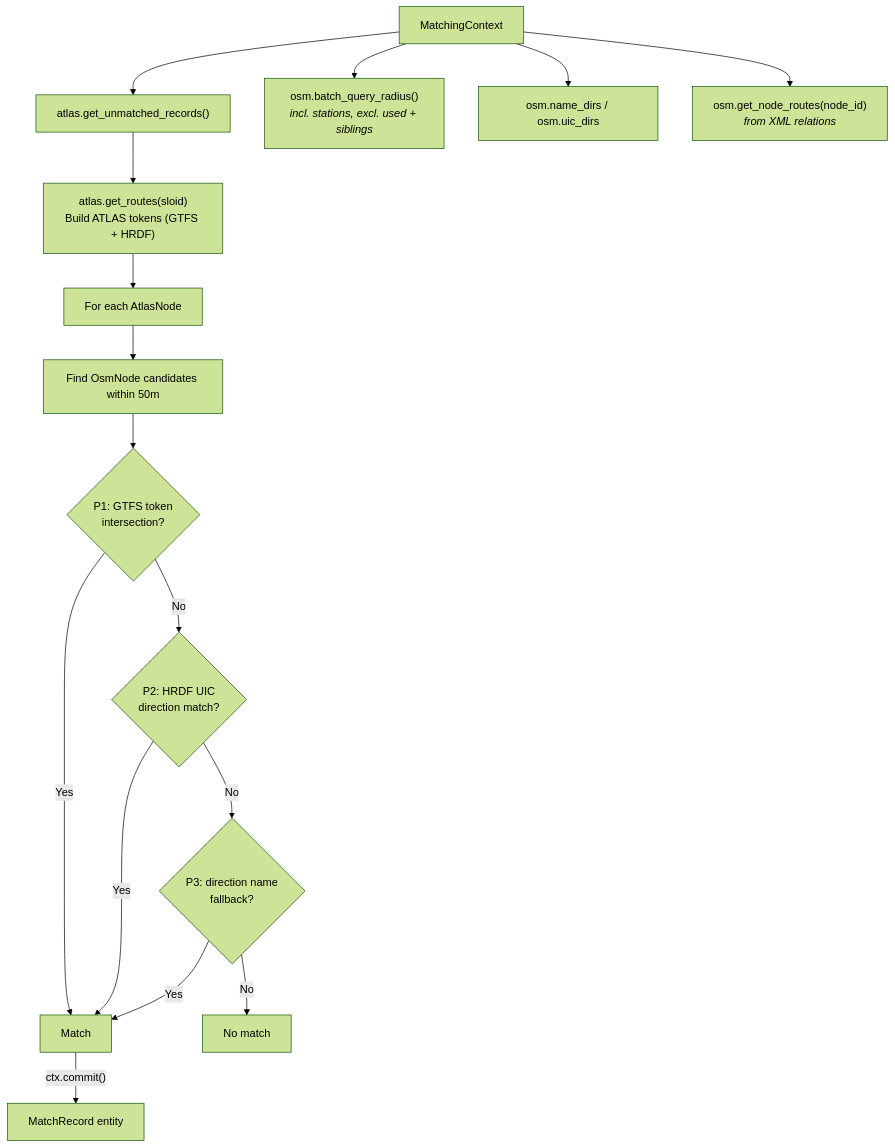
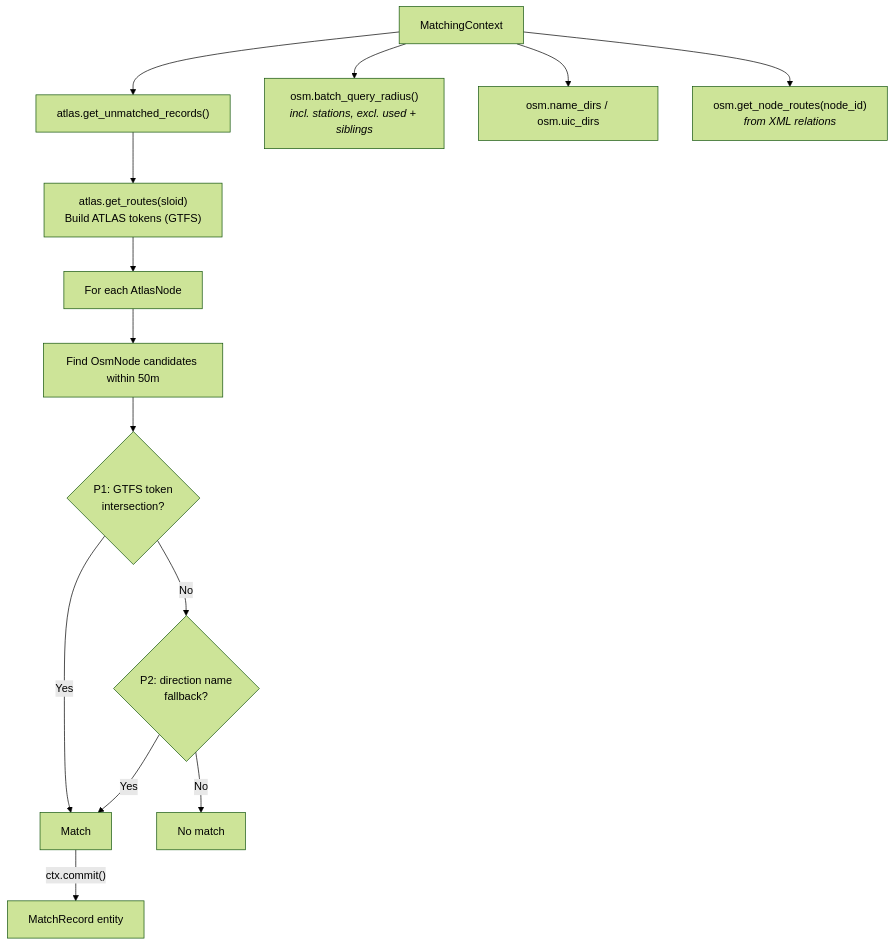
One commit to openTdataCH/stop_sync_osm_atlas changed the diagram in documentation/2.4 Route Matching.md. Above: the diagram before and after it, drawn with Mermaid (forest theme). The commit also changed other lines of this file and 31 other files, not shown here.

````diff
--- a/documentation/2.4 Route Matching.md
+++ b/documentation/2.4 Route Matching.md
@@ -5,19 +5,17 @@
 ```mermaid
 flowchart TB
     CTX["MatchingContext"] --> UA["atlas.get_unmatched_records()"]
     CTX --> OSM["osm.batch_query_radius()<br/><i>incl. stations, excl. used + siblings</i>"]
     CTX --> DIRS["osm.name_dirs / osm.uic_dirs"]
     CTX --> NR["osm.get_node_routes(node_id)<br/><i>from XML relations</i>"]
 
-    UA --> T["atlas.get_routes(sloid)<br/>Build ATLAS tokens (GTFS + HRDF)"]
+    UA --> T["atlas.get_routes(sloid)<br/>Build ATLAS tokens (GTFS)"]
     T --> LOOP["For each AtlasNode"]
     LOOP --> C["Find OsmNode candidates within 50m"]
     C --> P1{"P1: GTFS token<br/>intersection?"}
     P1 -->|Yes| M["Match"]
-    P1 -->|No| P2{"P2: HRDF UIC<br/>direction match?"}
+    P1 -->|No| P2{"P2: direction name<br/>fallback?"}
     P2 -->|Yes| M
-    P2 -->|No| P3{"P3: direction name<br/>fallback?"}
-    P3 -->|Yes| M
-    P3 -->|No| X["No match"]
+    P2 -->|No| X["No match"]
     M -->|"ctx.commit()"| OUT["MatchRecord entity"]
 ```
````
